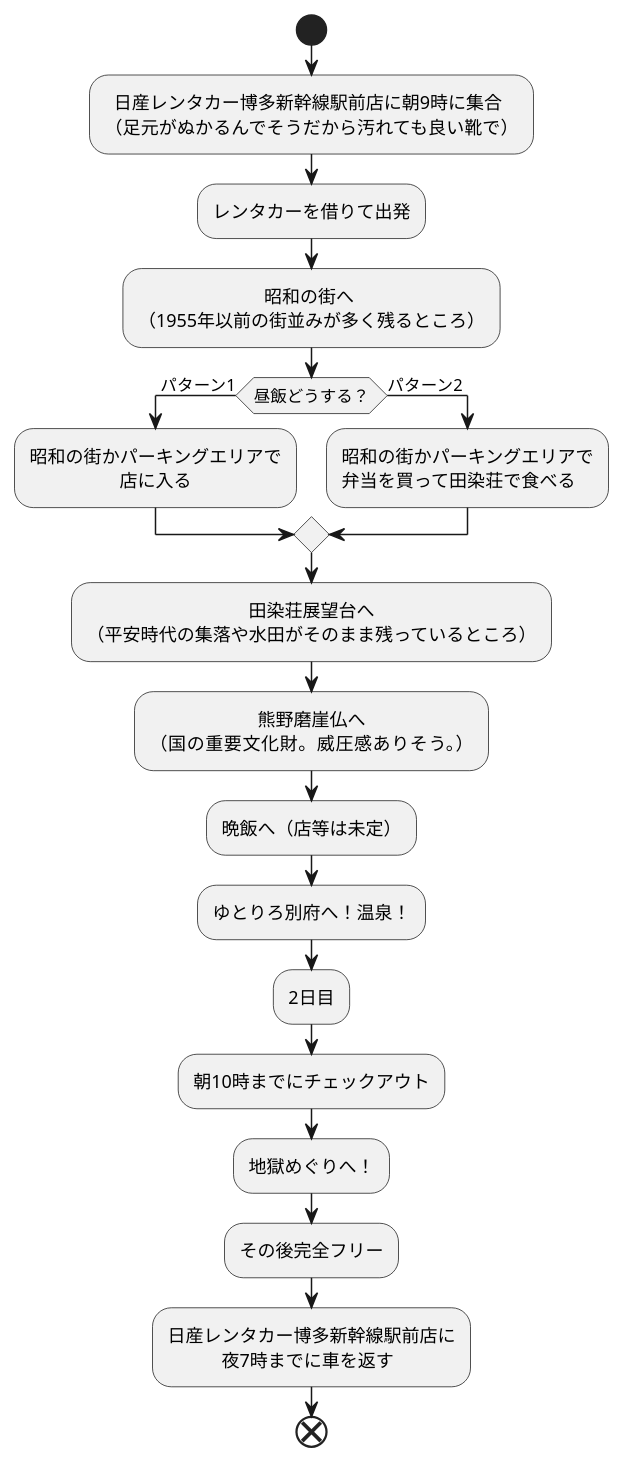
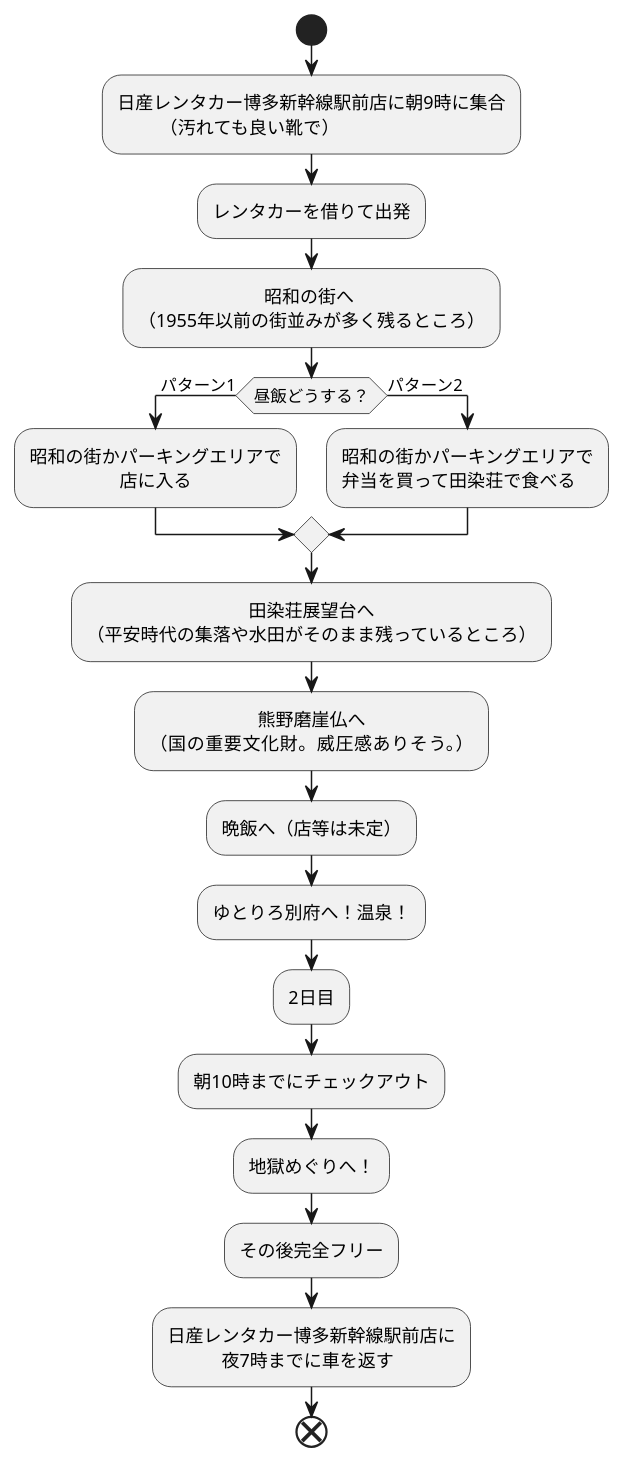
The diagram in trip/trip.md (Aso2001369/2021sys-design), drawn with PlantUML before and after one commit.

````diff
--- a/trip/trip.md
+++ b/trip/trip.md
@@ -1,32 +1,32 @@
 ```uml
 @startuml
 start
 
-:  日産レンタカー博多新幹線駅前店に朝9時に集合
-（足元がぬかるんでそうだから汚れても良い靴で）;
+:日産レンタカー博多新幹線駅前店に朝9時に集合
+         （汚れても良い靴で）;
 :レンタカーを借りて出発;
 :　　　　　　　昭和の街へ
 （1955年以前の街並みが多く残るところ）;
 if(昼飯どうする？)then(パターン1)
 :昭和の街かパーキングエリアで
 　　　　　店に入る;
 else(パターン2)
 :昭和の街かパーキングエリアで
 弁当を買って田染荘で食べる;
 endif
 :　　　　　　　　　田染荘展望台へ
 （平安時代の集落や水田がそのまま残っているところ）;
 :　　　　　　熊野磨崖仏へ
 （国の重要文化財。威圧感ありそう。）;
 :晩飯へ（店等は未定）;
 :ゆとりろ別府へ！温泉！;
 :2日目;
 :朝10時までにチェックアウト;
 :地獄めぐりへ！;
 :その後完全フリー;
 :日産レンタカー博多新幹線駅前店に
 　　　夜7時までに車を返す;
 
 end
 @enduml
 ```
````
